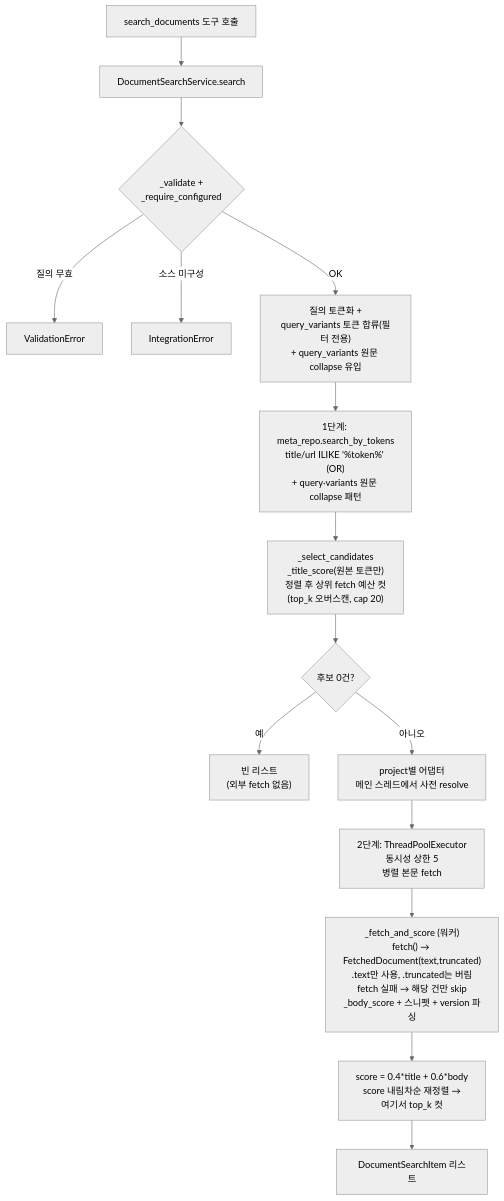
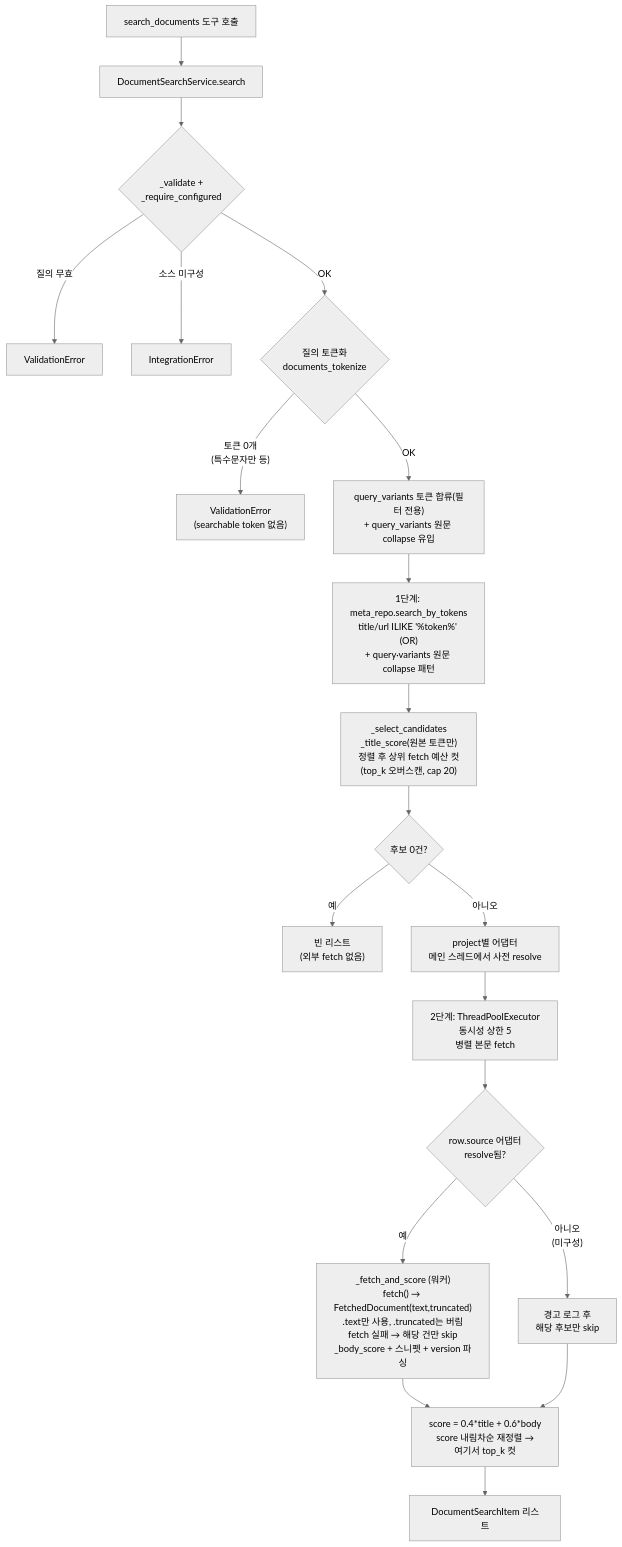
Before and after one commit to khangte/docs-mcp: the second of 2 diagrams in docs/search-flow.md, drawn with Mermaid (neutral theme). The commit also changed other lines of this file, not shown here.

First line of the commit message:
docs: search-flow.md 라인번호 정정 및 누락 분기 2건 반영

````diff
--- a/docs/search-flow.md
+++ b/docs/search-flow.md
@@ -122,17 +122,22 @@
 ```mermaid
 flowchart TD
     A["search_documents 도구 호출"] --> B["DocumentSearchService.search"]
     B --> V{"_validate +<br/>_require_configured"}
     V -->|"질의 무효"| ERR1["ValidationError"]
     V -->|"소스 미구성"| ERR2["IntegrationError"]
-    V -->|"OK"| T["질의 토큰화 +<br/>query_variants 토큰 합류(필터 전용)<br/>+ query_variants 원문 collapse 유입"]
+    V -->|"OK"| TOK{"질의 토큰화<br/>documents_tokenize"}
+    TOK -->|"토큰 0개<br/>(특수문자만 등)"| ERR3["ValidationError<br/>(searchable token 없음)"]
+    TOK -->|"OK"| T["query_variants 토큰 합류(필터 전용)<br/>+ query_variants 원문 collapse 유입"]
     T --> S1["1단계: meta_repo.search_by_tokens<br/>title/url ILIKE '%token%' (OR)<br/>+ query·variants 원문 collapse 패턴"]
     S1 --> SC["_select_candidates<br/>_title_score(원본 토큰만)<br/>정렬 후 상위 fetch 예산 컷<br/>(top_k 오버스캔, cap 20)"]
     SC --> Z{"후보 0건?"}
     Z -->|"예"| EMPTY["빈 리스트<br/>(외부 fetch 없음)"]
     Z -->|"아니오"| PR["project별 어댑터<br/>메인 스레드에서 사전 resolve"]
     PR --> POOL["2단계: ThreadPoolExecutor<br/>동시성 상한 5<br/>병렬 본문 fetch"]
-    POOL --> FS["_fetch_and_score (워커)<br/>fetch() → FetchedDocument(text,truncated)<br/>.text만 사용, .truncated는 버림<br/>fetch 실패 → 해당 건만 skip<br/>_body_score + 스니펫 + version 파싱"]
+    POOL --> ADPT{"row.source 어댑터<br/>resolve됨?"}
+    ADPT -->|"아니오<br/>(미구성)"| SKIP2["경고 로그 후<br/>해당 후보만 skip"]
+    ADPT -->|"예"| FS["_fetch_and_score (워커)<br/>fetch() → FetchedDocument(text,truncated)<br/>.text만 사용, .truncated는 버림<br/>fetch 실패 → 해당 건만 skip<br/>_body_score + 스니펫 + version 파싱"]
     FS --> RANK["score = 0.4*title + 0.6*body<br/>score 내림차순 재정렬 →<br/>여기서 top_k 컷"]
+    SKIP2 --> RANK
     RANK --> OUT["DocumentSearchItem 리스트"]
 ```
````
